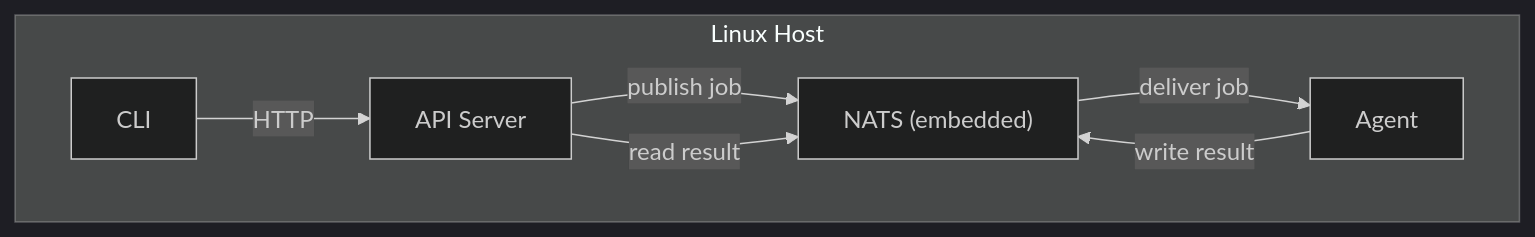
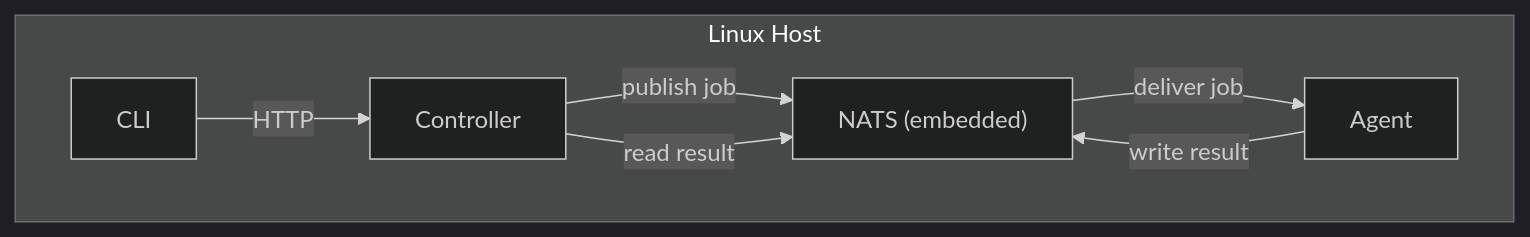
Before and after one commit to osapi-io/osapi: the first of 3 diagrams in docs/docs/sidebar/architecture/architecture.md, drawn with Mermaid (dark theme). The commit also changed other lines of this file and 331 other files, not shown here.

First line of the commit message:
refactor: rename API server to controller (#287)

````diff
--- a/docs/docs/sidebar/architecture/architecture.md
+++ b/docs/docs/sidebar/architecture/architecture.md
@@ -53,15 +59,15 @@
 ```mermaid
 graph TD
     subgraph host["Linux Host"]
         CLI["CLI"]
-        API["API Server"]
+        API["Controller"]
         Agent["Agent"]
         NATS["NATS (embedded)"]
 
         CLI -->|HTTP| API
         API -->|publish job| NATS
         NATS -->|deliver job| Agent
         Agent -->|write result| NATS
         API -->|read result| NATS
     end
 ```
````
